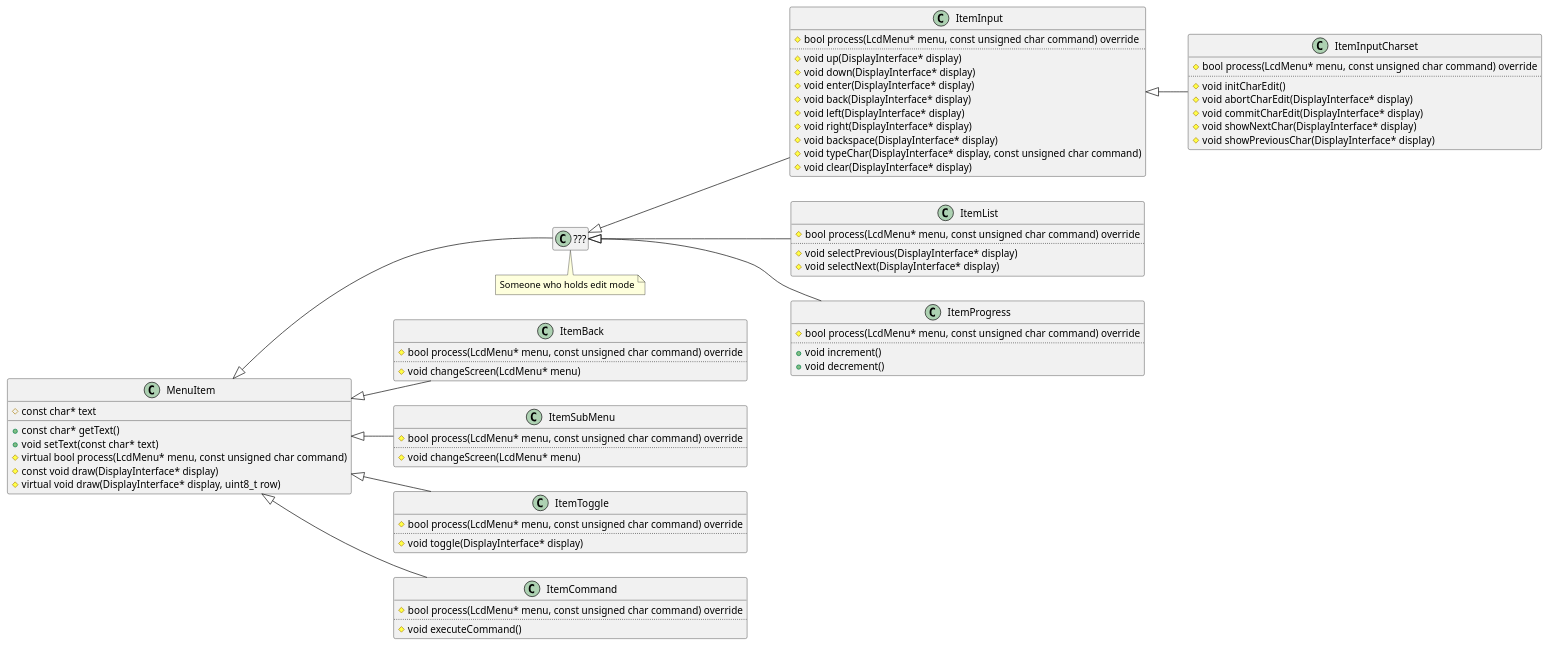
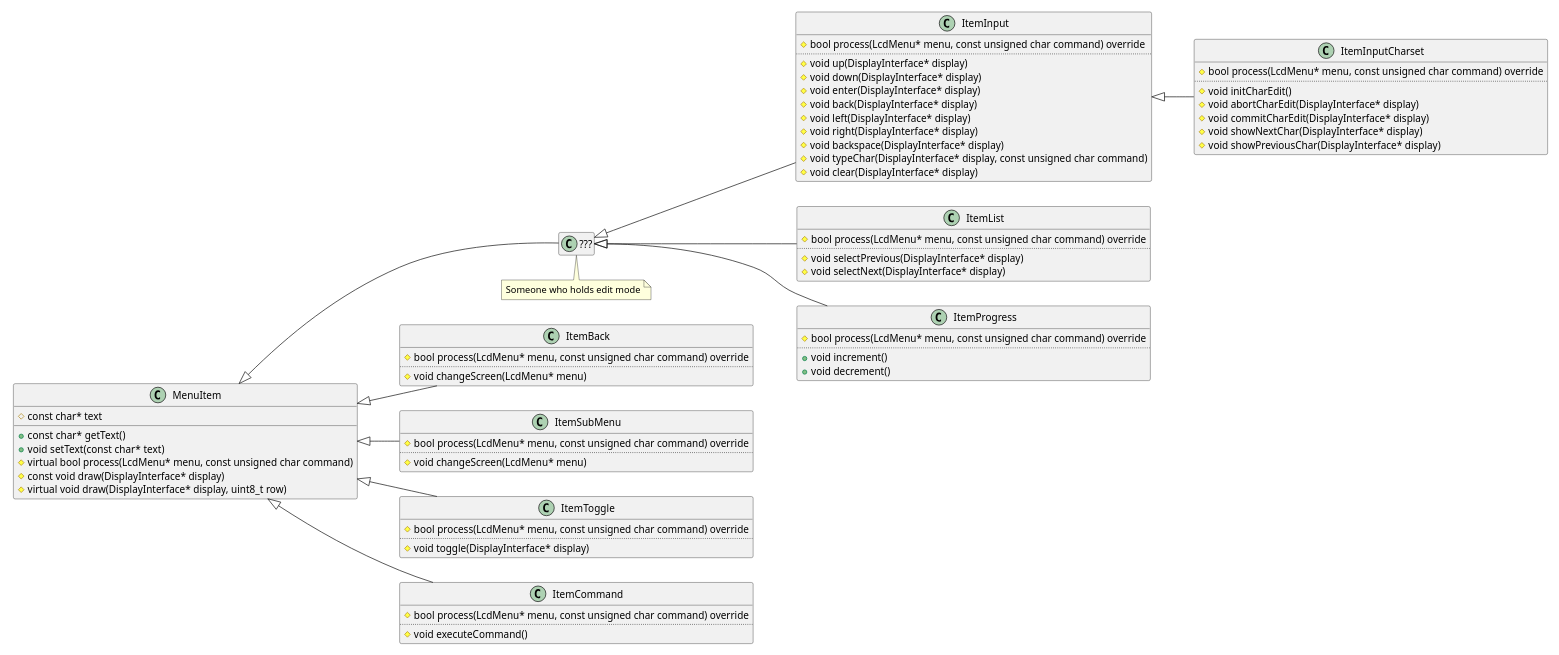
The diagram in docs/uml/items.puml (forntoh/LcdMenu), drawn with PlantUML before and after one commit. The commit also changed 3 other files, not shown here.

```diff
--- a/docs/uml/items.puml
+++ b/docs/uml/items.puml
@@ -1,93 +1,94 @@
 @startuml
+skinparam backgroundColor #FFFFFF60
 ' https://www.plantuml.com/plantuml/uml/
 
 hide empty members
 left to right direction
 
 class MenuItem {
     #const char* text
     +const char* getText()
     +void setText(const char* text)
     #virtual bool process(LcdMenu* menu, const unsigned char command)
     #const void draw(DisplayInterface* display)
     #virtual void draw(DisplayInterface* display, uint8_t row)
 }
 
 class ItemBack {
     #bool process(LcdMenu* menu, const unsigned char command) override
     ..
     #void changeScreen(LcdMenu* menu)
 }
 
 class ItemSubMenu {
     #bool process(LcdMenu* menu, const unsigned char command) override
     ..
     #void changeScreen(LcdMenu* menu)
 }
 
 class ItemToggle {
     #bool process(LcdMenu* menu, const unsigned char command) override
     ..
     #void toggle(DisplayInterface* display)
 }
 
 class ItemCommand {
     #bool process(LcdMenu* menu, const unsigned char command) override
     ..
     #void executeCommand()
 }
 
 class ItemInput {
     #bool process(LcdMenu* menu, const unsigned char command) override
     ..
     #void up(DisplayInterface* display)
     #void down(DisplayInterface* display)
     #void enter(DisplayInterface* display)
     #void back(DisplayInterface* display)
     #void left(DisplayInterface* display)
     #void right(DisplayInterface* display)
     #void backspace(DisplayInterface* display)
     #void typeChar(DisplayInterface* display, const unsigned char command)
     #void clear(DisplayInterface* display)
 }
 
 class ItemInputCharset {
     #bool process(LcdMenu* menu, const unsigned char command) override
     ..
     #void initCharEdit()
     #void abortCharEdit(DisplayInterface* display)
     #void commitCharEdit(DisplayInterface* display)
     #void showNextChar(DisplayInterface* display)
     #void showPreviousChar(DisplayInterface* display)
 }
 
 class ItemList {
     #bool process(LcdMenu* menu, const unsigned char command) override
     ..
     #void selectPrevious(DisplayInterface* display)
     #void selectNext(DisplayInterface* display)
 }
 
 class ItemProgress {
     #bool process(LcdMenu* menu, const unsigned char command) override
     ..
     +void increment()
     +void decrement()
 }
 
 class EditMode as "???" {
 }
 
 note bottom of EditMode : Someone who holds edit mode
 
 ItemBack -u-|> MenuItem
 ItemSubMenu -u-|> MenuItem
 ItemToggle -u-|> MenuItem
 ItemCommand -u-|> MenuItem
 EditMode -u-|> MenuItem
 ItemList -u-|> EditMode
 ItemProgress -u-|> EditMode
 ItemInput -u-|> EditMode
 ItemInputCharset -u-|> ItemInput
 
 @enduml
```
